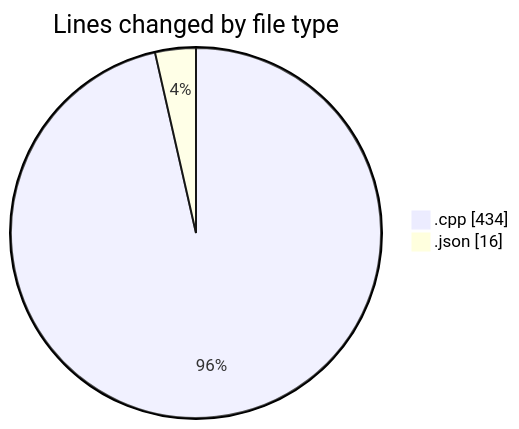
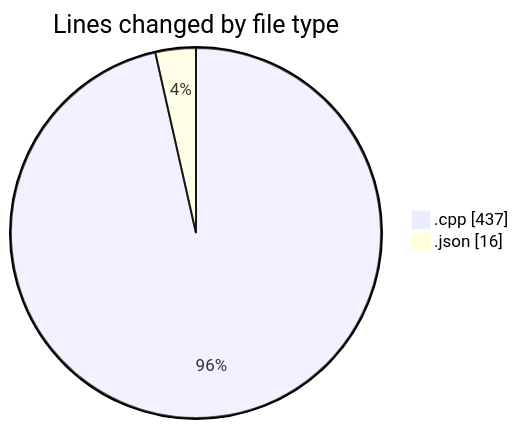
The first of 2 diagrams in 2025-04-26/echo/README.md (Netris89/code-tracking), drawn with Mermaid before and after one commit. The commit also changed other lines of this file and 1 other file, not shown here.

````diff
--- a/2025-04-26/echo/README.md
+++ b/2025-04-26/echo/README.md
@@ -22,6 +22,6 @@
 ```mermaid
 pie showData
 title Lines changed by file type
-".cpp" : 434
+".cpp" : 437
 ".json" : 16
 ```
````
